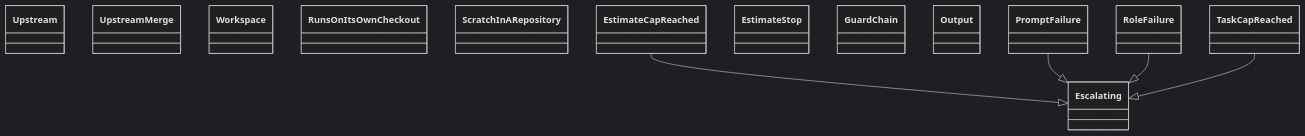
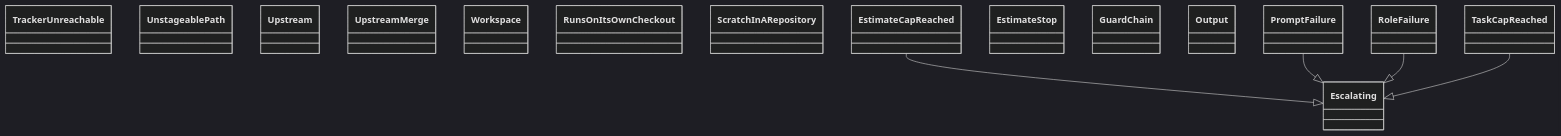
One commit to GonzaloZevallos/agentic-system changed the diagram in docs/architecture/generated/classes-process-application-support-6.md. Above: the diagram before and after it, drawn with Mermaid (dark theme). The commit also changed other lines of this file and 11 other files, not shown here.

````diff
--- a/docs/architecture/generated/classes-process-application-support-6.md
+++ b/docs/architecture/generated/classes-process-application-support-6.md
@@ -18,20 +18,22 @@
 ```mermaid
 classDiagram
+    class ports__TrackerUnreachable["TrackerUnreachable"]
+    class ports__UnstageablePath["UnstageablePath"]
     class ports__Upstream["Upstream"]
     class ports__UpstreamMerge["UpstreamMerge"]
     class ports__Workspace["Workspace"]
     class preflight__RunsOnItsOwnCheckout["RunsOnItsOwnCheckout"]
     class preflight__ScratchInARepository["ScratchInARepository"]
     class run_role__Escalating["Escalating"]
     class run_role__EstimateCapReached["EstimateCapReached"]
     class run_role__EstimateStop["EstimateStop"]
     class run_role__GuardChain["GuardChain"]
     class run_role__Output["Output"]
     class run_role__PromptFailure["PromptFailure"]
     class run_role__RoleFailure["RoleFailure"]
     class run_role__TaskCapReached["TaskCapReached"]
     run_role__EstimateCapReached --|> run_role__Escalating
     run_role__PromptFailure --|> run_role__Escalating
     run_role__RoleFailure --|> run_role__Escalating
     run_role__TaskCapReached --|> run_role__Escalating
 ```
````
